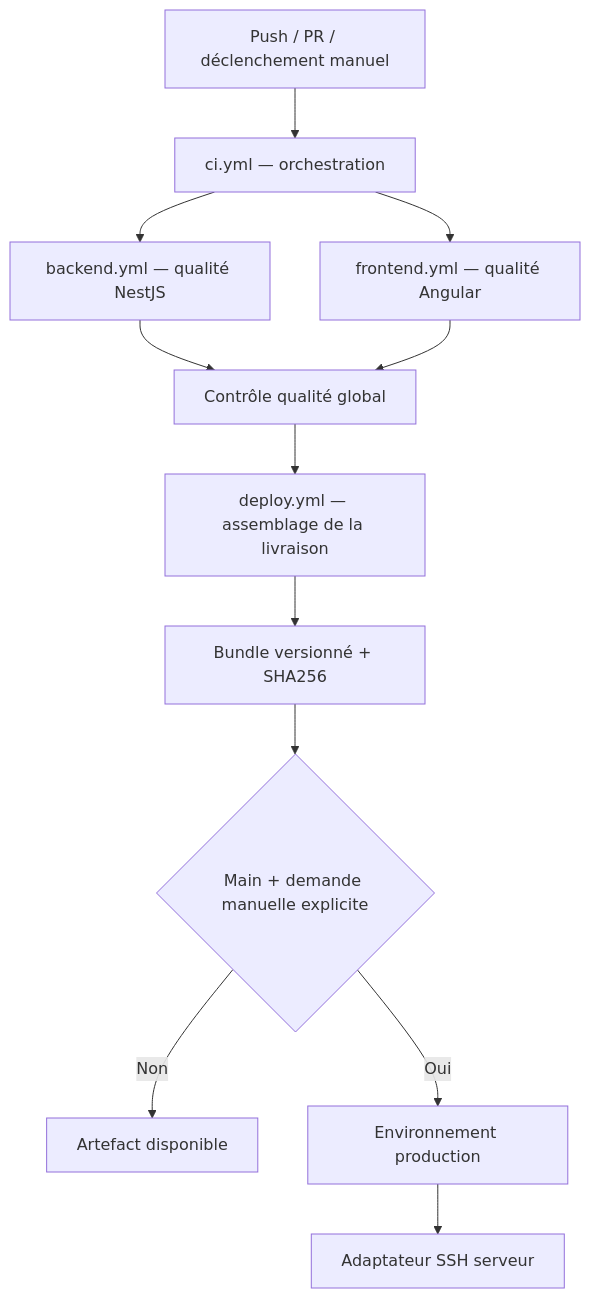
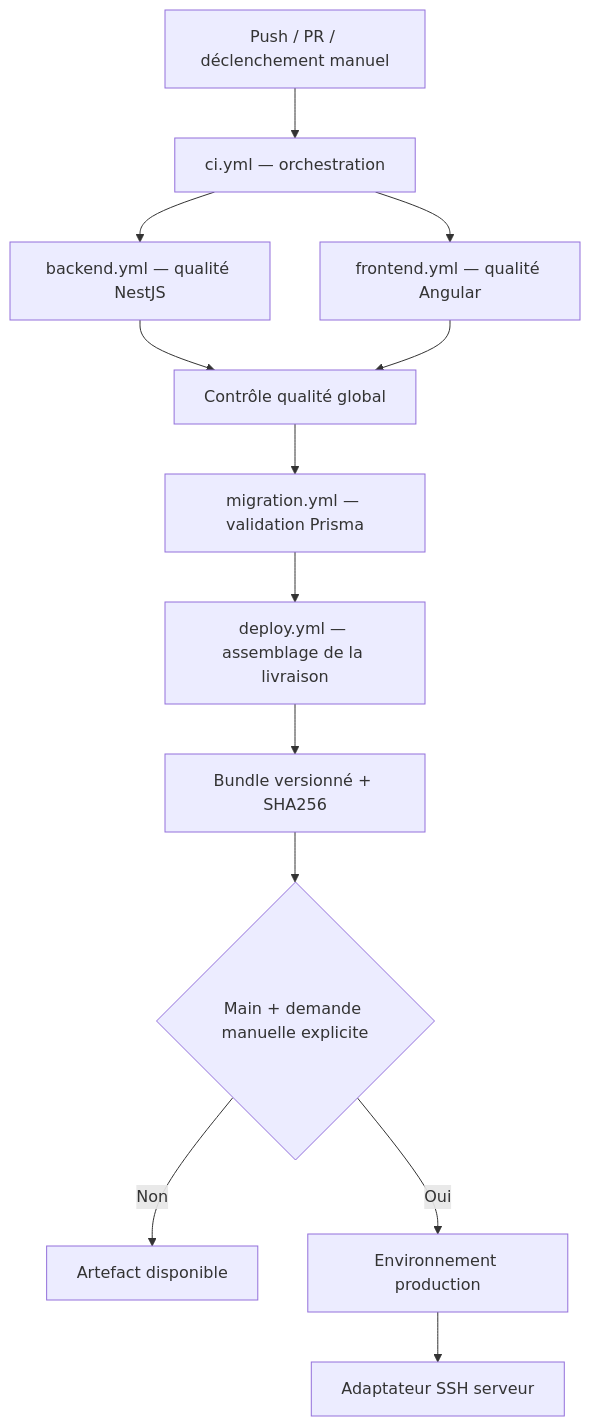
The diagram in .github/README.md (Jokkodimbali/DSolar-ERP), drawn with Mermaid before and after one commit. The commit also changed other lines of this file and 2 other files, not shown here.

Commit message:
ci(migration): validate Prisma on isolated PostgreSQL without Neon secrets

````diff
--- a/.github/README.md
+++ b/.github/README.md
@@ -5,14 +5,15 @@
 ```mermaid
 flowchart TD
   A[Push / PR / déclenchement manuel] --> B[ci.yml — orchestration]
   B --> C[backend.yml — qualité NestJS]
   B --> D[frontend.yml — qualité Angular]
   C --> E[Contrôle qualité global]
   D --> E
-  E --> F[deploy.yml — assemblage de la livraison]
+  E --> M[migration.yml — validation Prisma]
+  M --> F[deploy.yml — assemblage de la livraison]
   F --> G[Bundle versionné + SHA256]
   G --> H{Main + demande manuelle explicite}
   H -->|Non| I[Artefact disponible]
   H -->|Oui| J[Environnement production]
   J --> K[Adaptateur SSH serveur]
 ```
````
